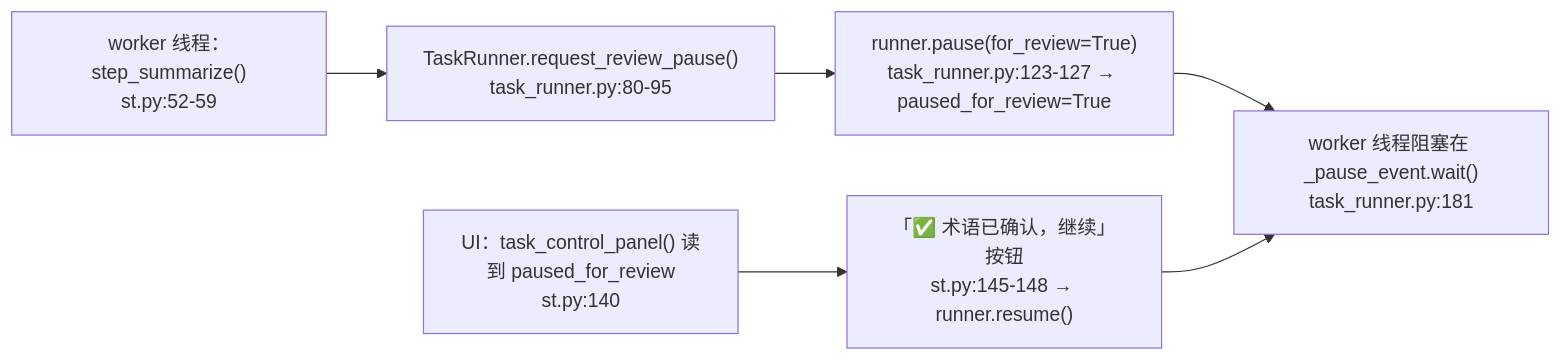
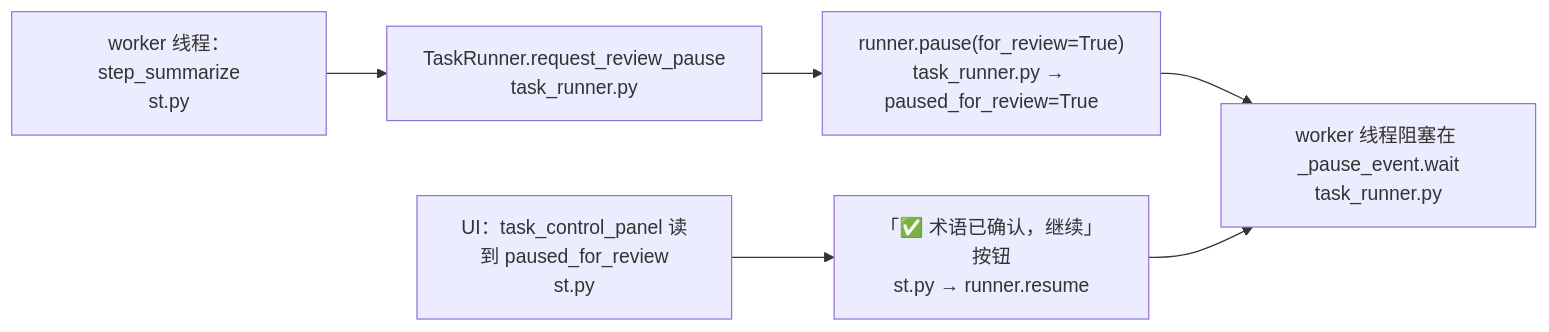
One commit to Brzjomo/VideoLingoMove changed the third of 4 diagrams in devdocs/01-entrypoints/01-Streamlit主应用入口.md. Above: the diagram before and after it, drawn with Mermaid. The commit also changed other lines of this file and 33 other files, not shown here.

````diff
--- a/devdocs/01-entrypoints/01-Streamlit主应用入口.md
+++ b/devdocs/01-entrypoints/01-Streamlit主应用入口.md
@@ -165,8 +165,8 @@
 ```mermaid
 flowchart LR
-    W["worker 线程：step_summarize()<br/>st.py:52-59"] --> R["TaskRunner.request_review_pause()<br/>task_runner.py:80-95"]
-    R --> P["runner.pause(for_review=True)<br/>task_runner.py:123-127 → paused_for_review=True"]
-    P --> Q["worker 线程阻塞在 _pause_event.wait()<br/>task_runner.py:181"]
-    U["UI：task_control_panel() 读到 paused_for_review<br/>st.py:140"] --> B["「✅ 术语已确认，继续」按钮<br/>st.py:145-148 → runner.resume()"]
-    B --> Q
+ W["worker 线程：step_summarize<br/>st.py"] --> R["TaskRunner.request_review_pause<br/>task_runner.py"]
+ R --> P["runner.pause(for_review=True)<br/>task_runner.py → paused_for_review=True"]
+ P --> Q["worker 线程阻塞在 _pause_event.wait<br/>task_runner.py"]
+ U["UI：task_control_panel 读到 paused_for_review<br/>st.py"] --> B["「✅ 术语已确认，继续」按钮<br/>st.py → runner.resume"]
+ B --> Q
 ```
````
